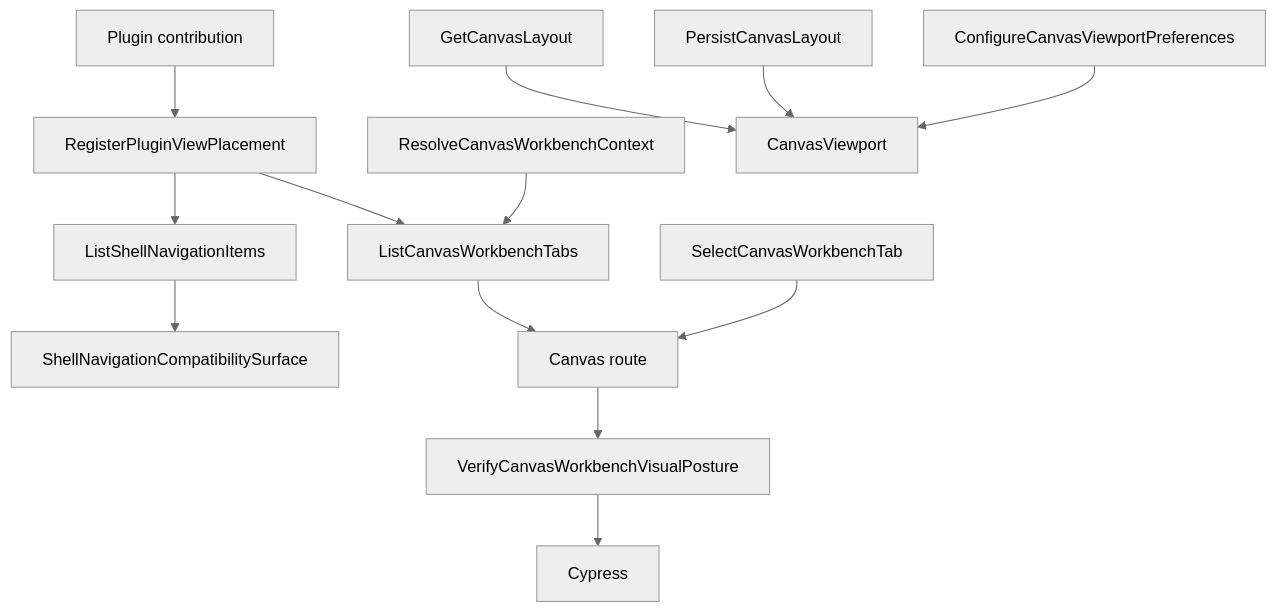
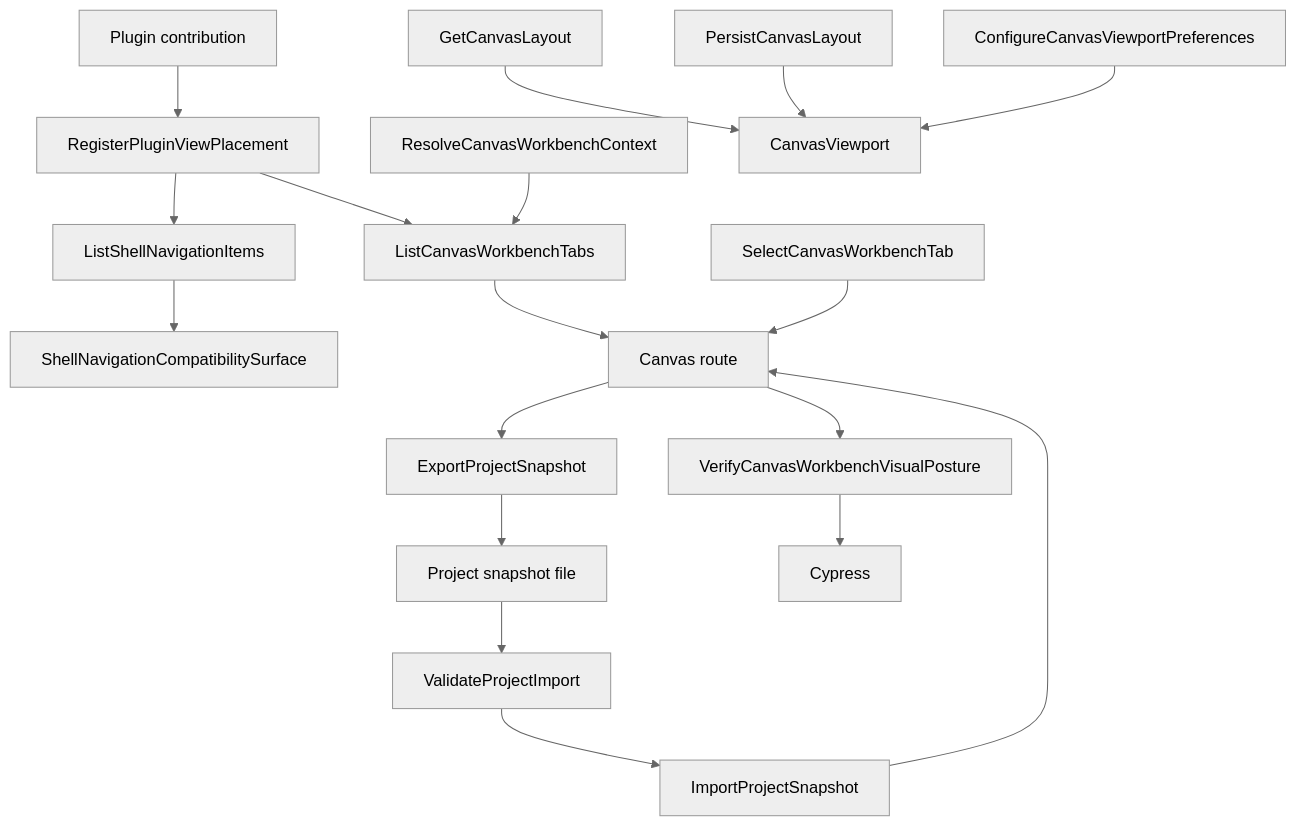
The diagram in docs/architecture/components/web/graph/canvas-workbench-command-query-catalog.md (dunay2/dvt), drawn with Mermaid (neutral theme) before and after one commit. The commit also changed other lines of this file and 29 other files, not shown here.

Commit message:
feat(web): Add Canvas project snapshot round trip

````diff
--- a/docs/architecture/components/web/graph/canvas-workbench-command-query-catalog.md
+++ b/docs/architecture/components/web/graph/canvas-workbench-command-query-catalog.md
@@ -92,30 +106,39 @@
 ```mermaid
 flowchart TD
   Plugin["Plugin contribution"]
   Placement["RegisterPluginViewPlacement"]
   ShellQuery["ListShellNavigationItems"]
   CanvasQuery["ListCanvasWorkbenchTabs"]
   CanvasContext["ResolveCanvasWorkbenchContext"]
   SelectTab["SelectCanvasWorkbenchTab"]
   LayoutQuery["GetCanvasLayout"]
   LayoutCommand["PersistCanvasLayout"]
   Prefs["ConfigureCanvasViewportPreferences"]
+  ExportSnapshot["ExportProjectSnapshot"]
+  ValidateImport["ValidateProjectImport"]
+  ImportSnapshot["ImportProjectSnapshot"]
   VisualProof["VerifyCanvasWorkbenchVisualPosture"]
   Shell["ShellNavigationCompatibilitySurface"]
   Canvas["Canvas route"]
   Viewport["CanvasViewport"]
+  File["Project snapshot file"]
   Cypress["Cypress"]
 
   Plugin --> Placement
   Placement --> ShellQuery
   Placement --> CanvasQuery
   ShellQuery --> Shell
   CanvasContext --> CanvasQuery
   CanvasQuery --> Canvas
   SelectTab --> Canvas
   LayoutQuery --> Viewport
   LayoutCommand --> Viewport
   Prefs --> Viewport
+  Canvas --> ExportSnapshot
+  ExportSnapshot --> File
+  File --> ValidateImport
+  ValidateImport --> ImportSnapshot
+  ImportSnapshot --> Canvas
   Canvas --> VisualProof
   VisualProof --> Cypress
 ```
````
